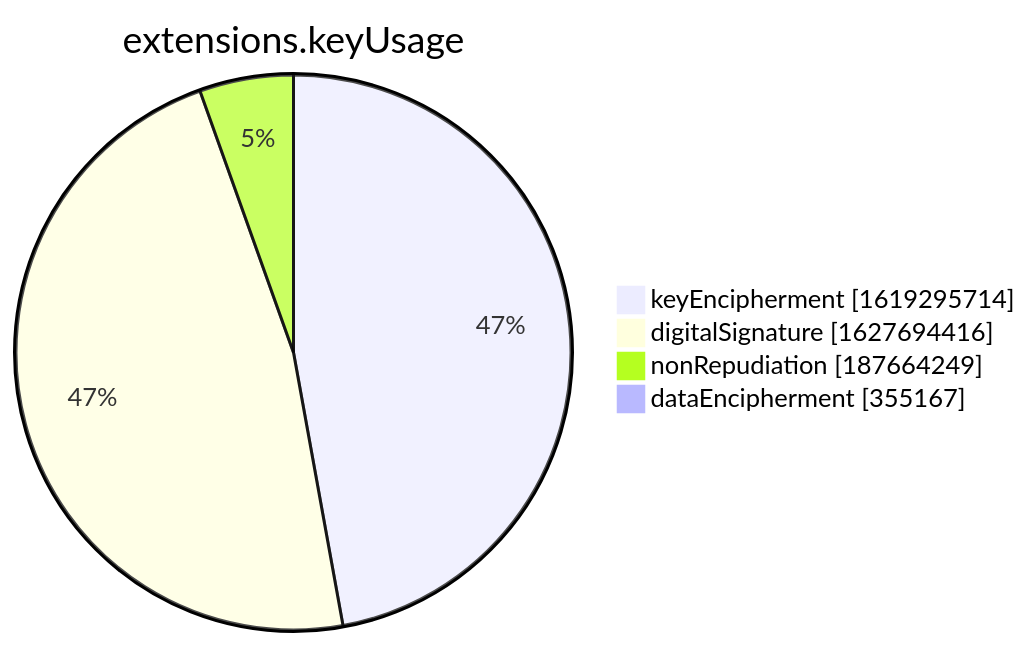
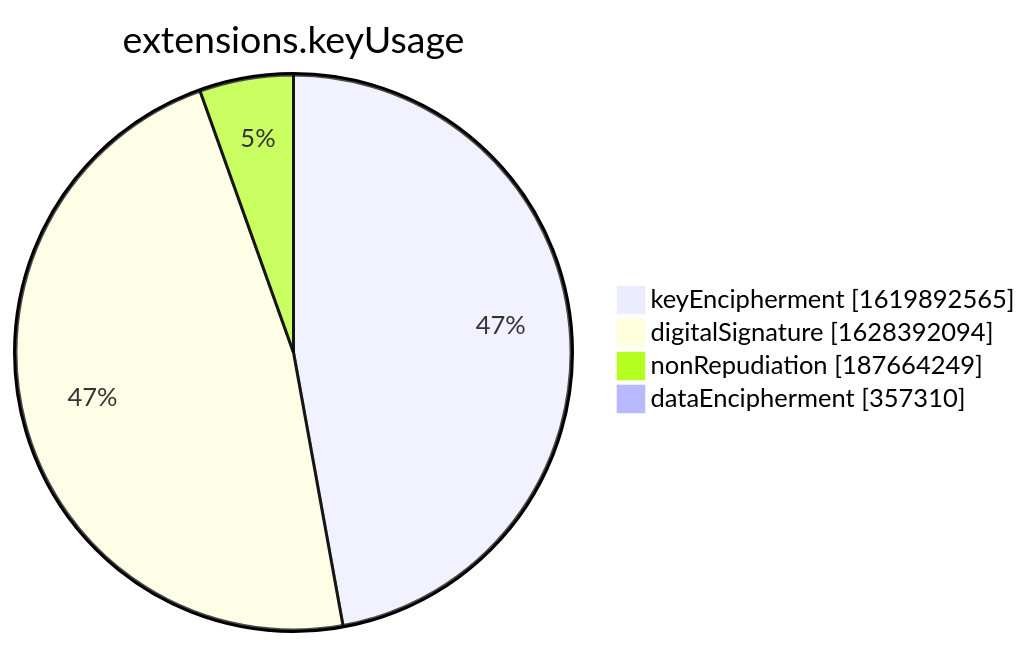
The seventh of 15 diagrams in xenon2022/README.md (christiankrug/ctmonitor_visualization), drawn with Mermaid before and after one commit. The commit also changed other lines of this file, not shown here.

````diff
--- a/xenon2022/README.md
+++ b/xenon2022/README.md
@@ -2855,8 +2855,8 @@
 ```mermaid
 pie showData
 title extensions.keyUsage
-"keyEncipherment" :1619295714
-"digitalSignature" :1627694416
+"keyEncipherment" :1619892565
+"digitalSignature" :1628392094
 "nonRepudiation" :187664249
-"dataEncipherment" :355167
+"dataEncipherment" :357310
 ```
````
